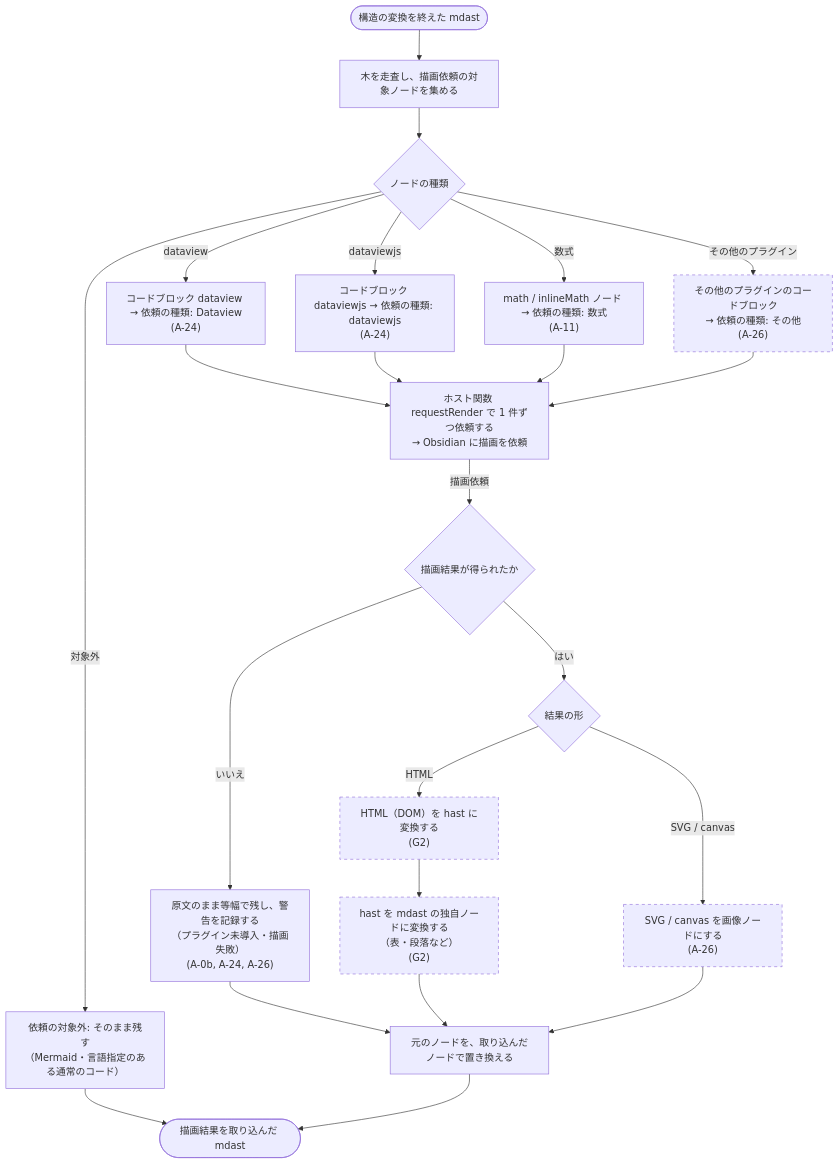
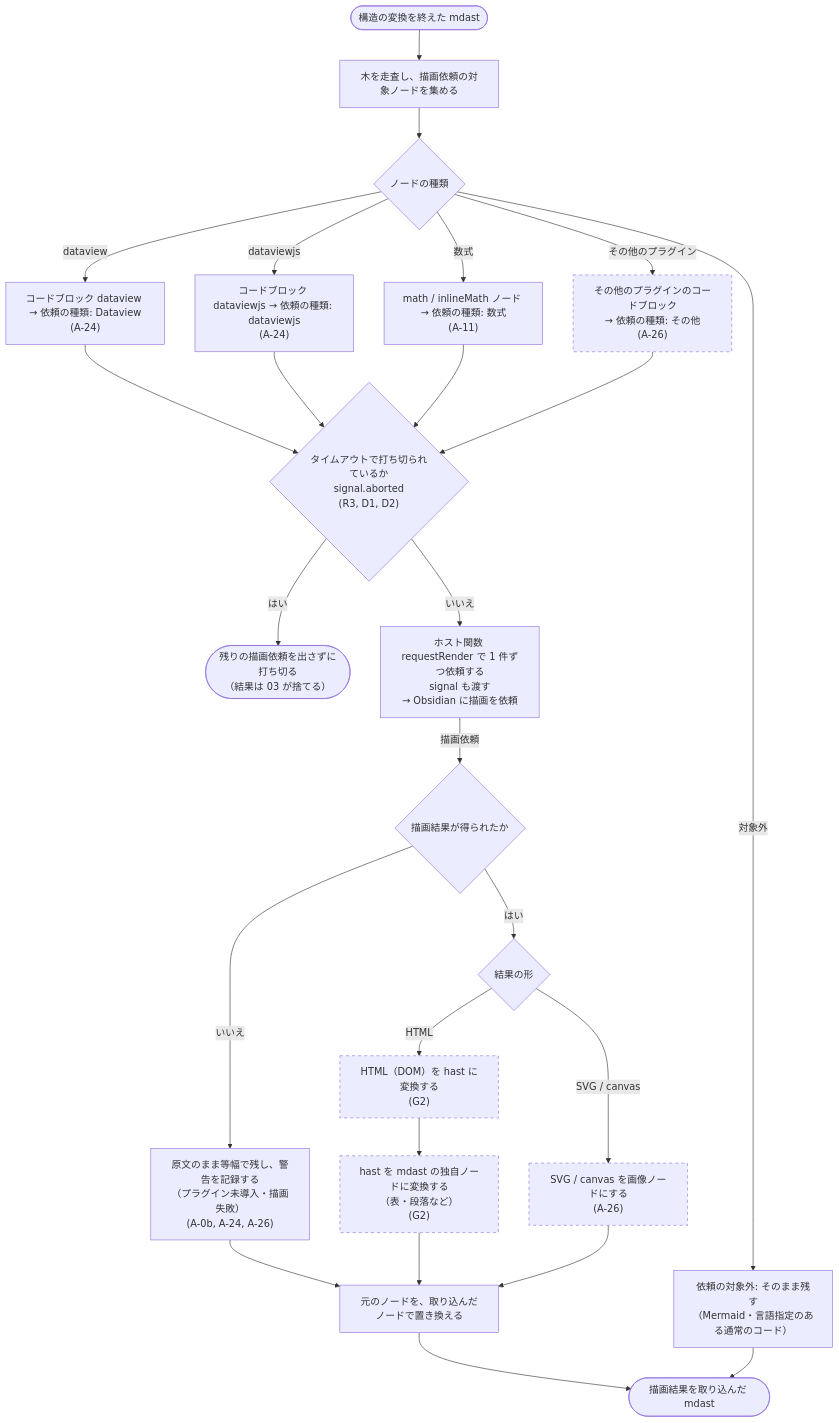
Before and after one commit to rakko1133/obsidian-md-to-office: the third of 4 diagrams in docs/flows/04-parse-transform.md, drawn with Mermaid. The commit also changed other lines of this file and 9 other files, not shown here.

First line of the commit message:
docs: 10 本のフロー図を境界の決定に合わせて修正 (R3, R8)

````diff
--- a/docs/flows/04-parse-transform.md
+++ b/docs/flows/04-parse-transform.md
@@ -124,36 +125,40 @@
 ```mermaid
 flowchart TD
   BIn(["構造の変換を終えた mdast"])
   BScan["木を走査し、描画依頼の対象ノードを集める"]
   BKind{"ノードの種類"}
   BDv["コードブロック dataview → 依頼の種類: Dataview<br/>(A-24)"]
   BDvjs["コードブロック dataviewjs → 依頼の種類: dataviewjs<br/>(A-24)"]
   BMath["math / inlineMath ノード → 依頼の種類: 数式<br/>(A-11)"]
   BOther["その他のプラグインのコードブロック<br/>→ 依頼の種類: その他<br/>(A-26)"]
   BKeep["依頼の対象外: そのまま残す<br/>（Mermaid・言語指定のある通常のコード）"]
-  BReq["ホスト関数 requestRender で 1 件ずつ依頼する<br/>→ Obsidian に描画を依頼"]
+  BAbort{"タイムアウトで打ち切られているか<br/>signal.aborted<br/>(R3, D1, D2)"}
+  BStop(["残りの描画依頼を出さずに打ち切る<br/>（結果は 03 が捨てる）"])
+  BReq["ホスト関数 requestRender で 1 件ずつ依頼する<br/>signal も渡す<br/>→ Obsidian に描画を依頼"]
   BRes{"描画結果が得られたか"}
   BRaw["原文のまま等幅で残し、警告を記録する<br/>（プラグイン未導入・描画失敗）<br/>(A-0b, A-24, A-26)"]
   BType{"結果の形"}
   BHast["HTML（DOM）を hast に変換する<br/>(G2)"]
   BMdast["hast を mdast の独自ノードに変換する<br/>（表・段落など）<br/>(G2)"]
   BSvg["SVG / canvas を画像ノードにする<br/>(A-26)"]
   BReplace["元のノードを、取り込んだノードで置き換える"]
   BOut(["描画結果を取り込んだ mdast"])
 
   BIn --> BScan --> BKind
-  BKind -->|"dataview"| BDv --> BReq
-  BKind -->|"dataviewjs"| BDvjs --> BReq
-  BKind -->|"数式"| BMath --> BReq
-  BKind -->|"その他のプラグイン"| BOther --> BReq
+  BKind -->|"dataview"| BDv --> BAbort
+  BKind -->|"dataviewjs"| BDvjs --> BAbort
+  BKind -->|"数式"| BMath --> BAbort
+  BKind -->|"その他のプラグイン"| BOther --> BAbort
+  BAbort -->|"はい"| BStop
+  BAbort -->|"いいえ"| BReq
   BKind -->|"対象外"| BKeep --> BOut
   BReq -->|"描画依頼"| BRes
   BRes -->|"いいえ"| BRaw --> BReplace
   BRes -->|"はい"| BType
   BType -->|"HTML"| BHast --> BMdast --> BReplace
   BType -->|"SVG / canvas"| BSvg --> BReplace
   BReplace --> BOut
 
   classDef undecided stroke-dasharray: 5 5
   class BOther,BHast,BMdast,BSvg undecided
 ```
````
